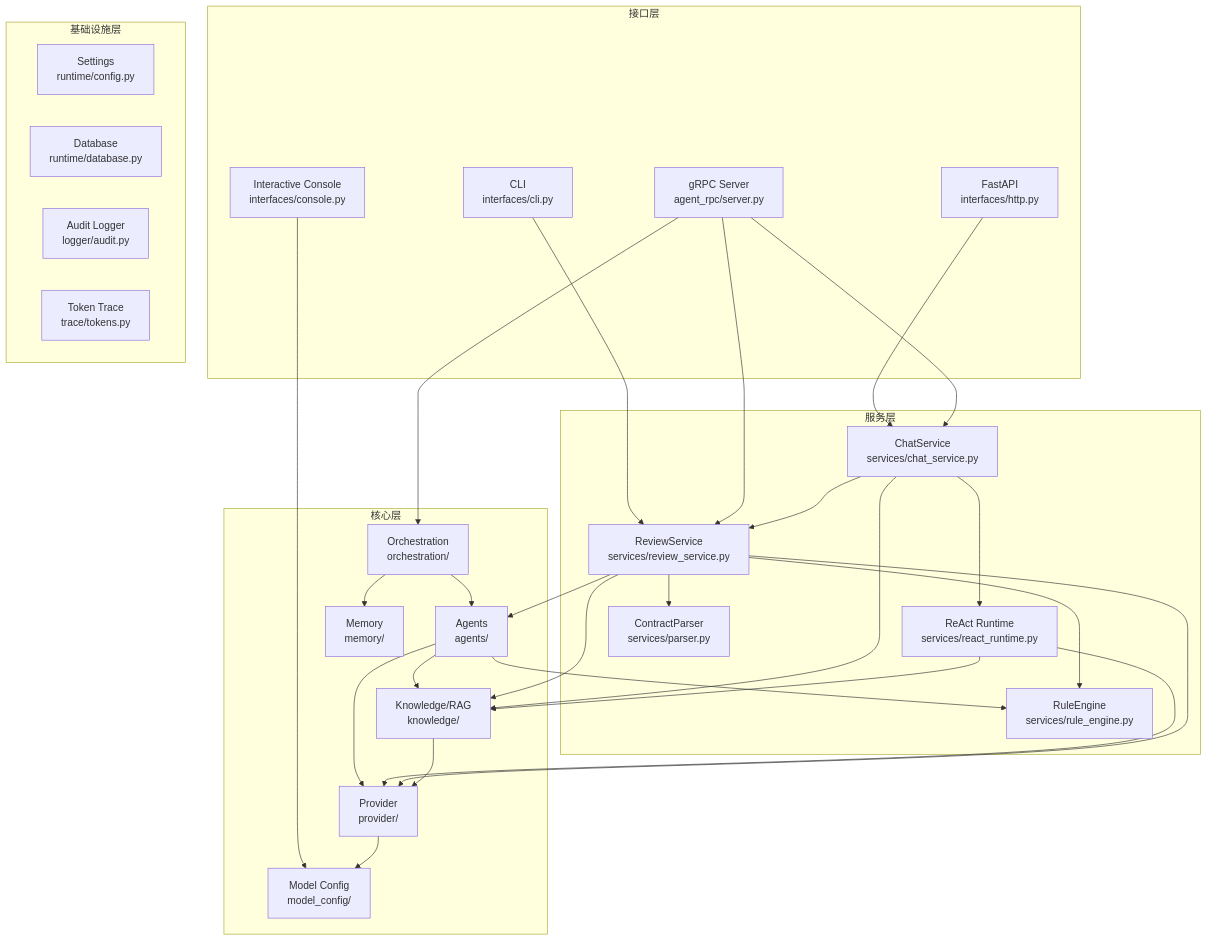
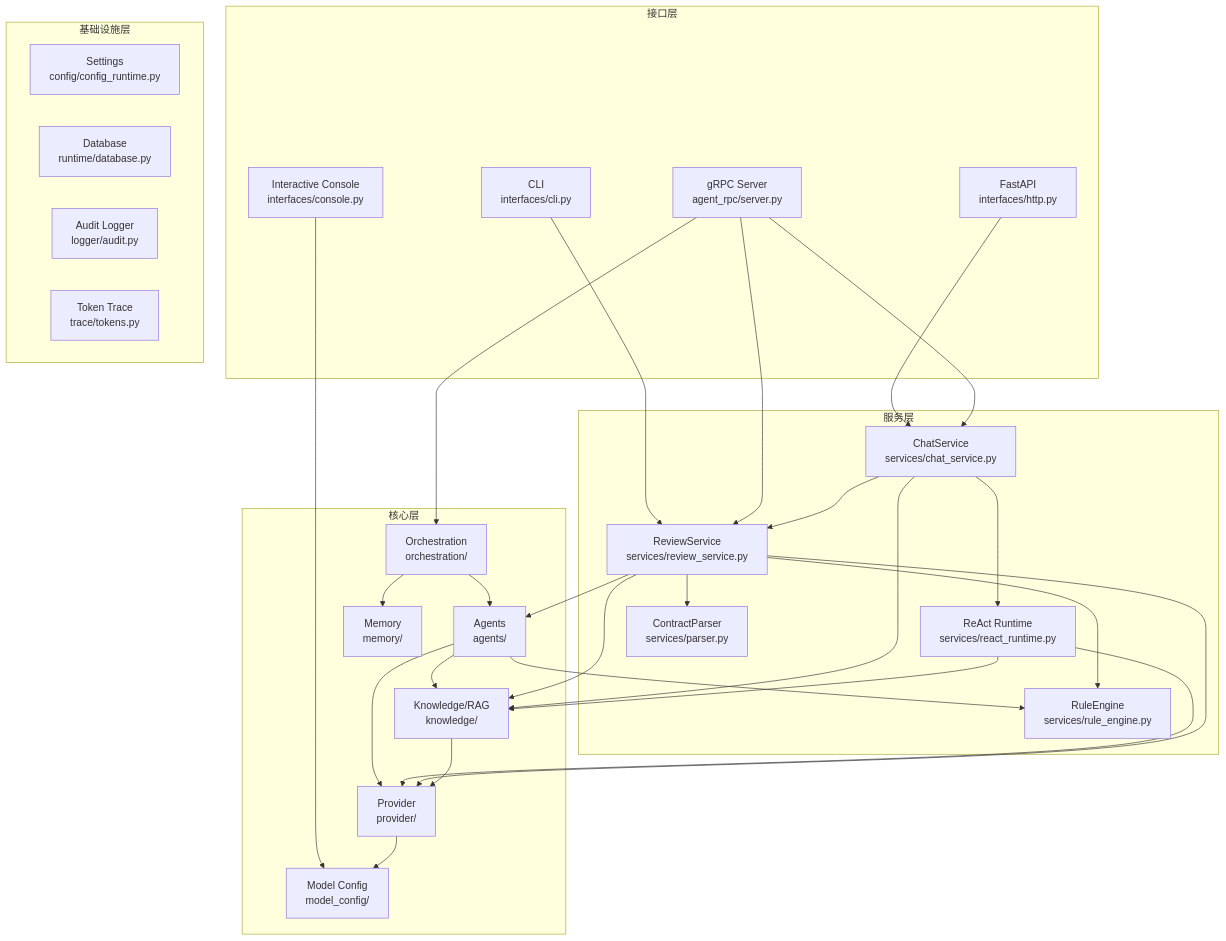
The second of 18 diagrams in docs/architecture.md (xianingawa-wq/contract-agent), drawn with Mermaid before and after one commit. The commit also changed other lines of this file and 16 other files, not shown here.

````diff
--- a/docs/architecture.md
+++ b/docs/architecture.md
@@ -129,57 +129,57 @@
 ```mermaid
 graph TB
     subgraph 接口层
         CLI[CLI<br/>interfaces/cli.py]
         HTTP[FastAPI<br/>interfaces/http.py]
         GRPC[gRPC Server<br/>agent_rpc/server.py]
         CONSOLE[Interactive Console<br/>interfaces/console.py]
     end
 
     subgraph 服务层
         REVIEW[ReviewService<br/>services/review_service.py]
         CHAT[ChatService<br/>services/chat_service.py]
         REACT[ReAct Runtime<br/>services/react_runtime.py]
         PARSER[ContractParser<br/>services/parser.py]
         RULE[RuleEngine<br/>services/rule_engine.py]
     end
 
     subgraph 核心层
         PROVIDER[Provider<br/>provider/]
         KNOWLEDGE[Knowledge/RAG<br/>knowledge/]
         ORCH[Orchestration<br/>orchestration/]
         AGENTS[Agents<br/>agents/]
         MEMORY[Memory<br/>memory/]
         MODEL_CFG[Model Config<br/>model_config/]
     end
 
     subgraph 基础设施层
-        CONFIG[Settings<br/>runtime/config.py]
+        CONFIG[Settings<br/>config/config_runtime.py]
         DB[Database<br/>runtime/database.py]
         LOGGER[Audit Logger<br/>logger/audit.py]
         TRACE[Token Trace<br/>trace/tokens.py]
     end
 
     CLI --> REVIEW
     HTTP --> CHAT
     GRPC --> REVIEW
     GRPC --> CHAT
     GRPC --> ORCH
     CONSOLE --> MODEL_CFG
     REVIEW --> PARSER
     REVIEW --> RULE
     REVIEW --> KNOWLEDGE
     REVIEW --> AGENTS
     CHAT --> REACT
     CHAT --> KNOWLEDGE
     CHAT --> REVIEW
     ORCH --> AGENTS
     ORCH --> MEMORY
     AGENTS --> PROVIDER
     AGENTS --> RULE
     AGENTS --> KNOWLEDGE
     REACT --> PROVIDER
     REACT --> KNOWLEDGE
     REVIEW --> PROVIDER
     KNOWLEDGE --> PROVIDER
     PROVIDER --> MODEL_CFG
 ```
````
